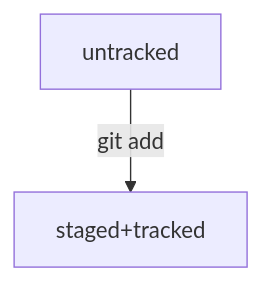
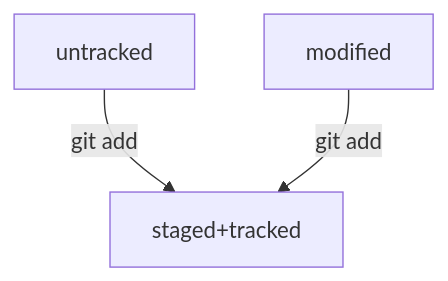
One commit to k-vyaznikova/help_project changed the diagram in readme.md. Above: the diagram before and after it, drawn with Mermaid. The commit also changed 1 other file, not shown here.

Commit message:
новые данные в шпаргалке

````diff
--- a/readme.md
+++ b/readme.md
@@ -37,4 +37,5 @@
 ```mermaid
 graph TD;
 A[untracked]--git add-->B[staged+tracked]
+C[modified]--git add-->B
 ```
````
